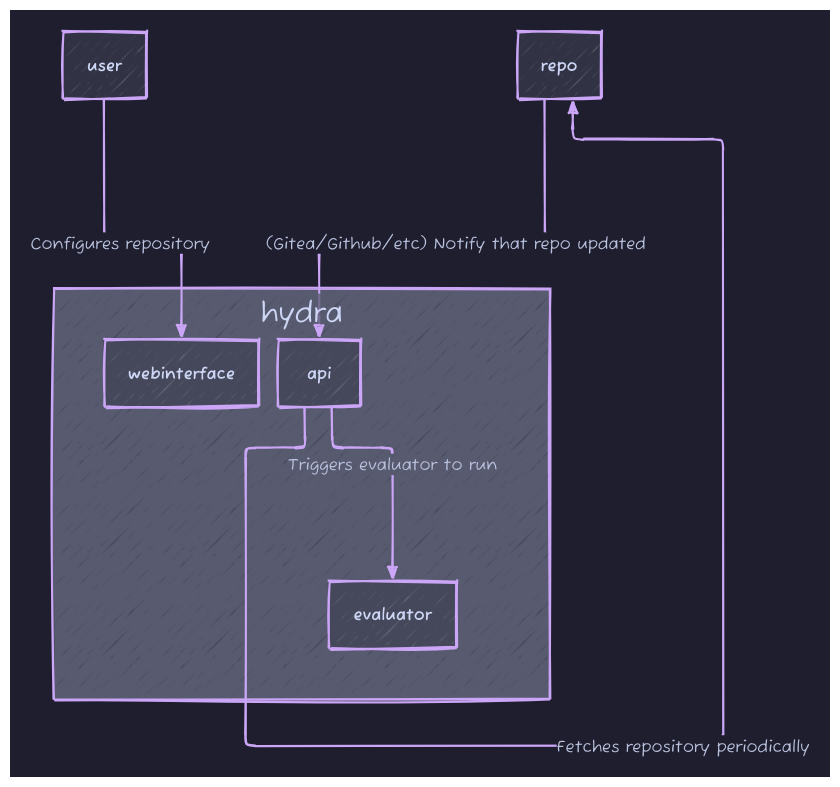
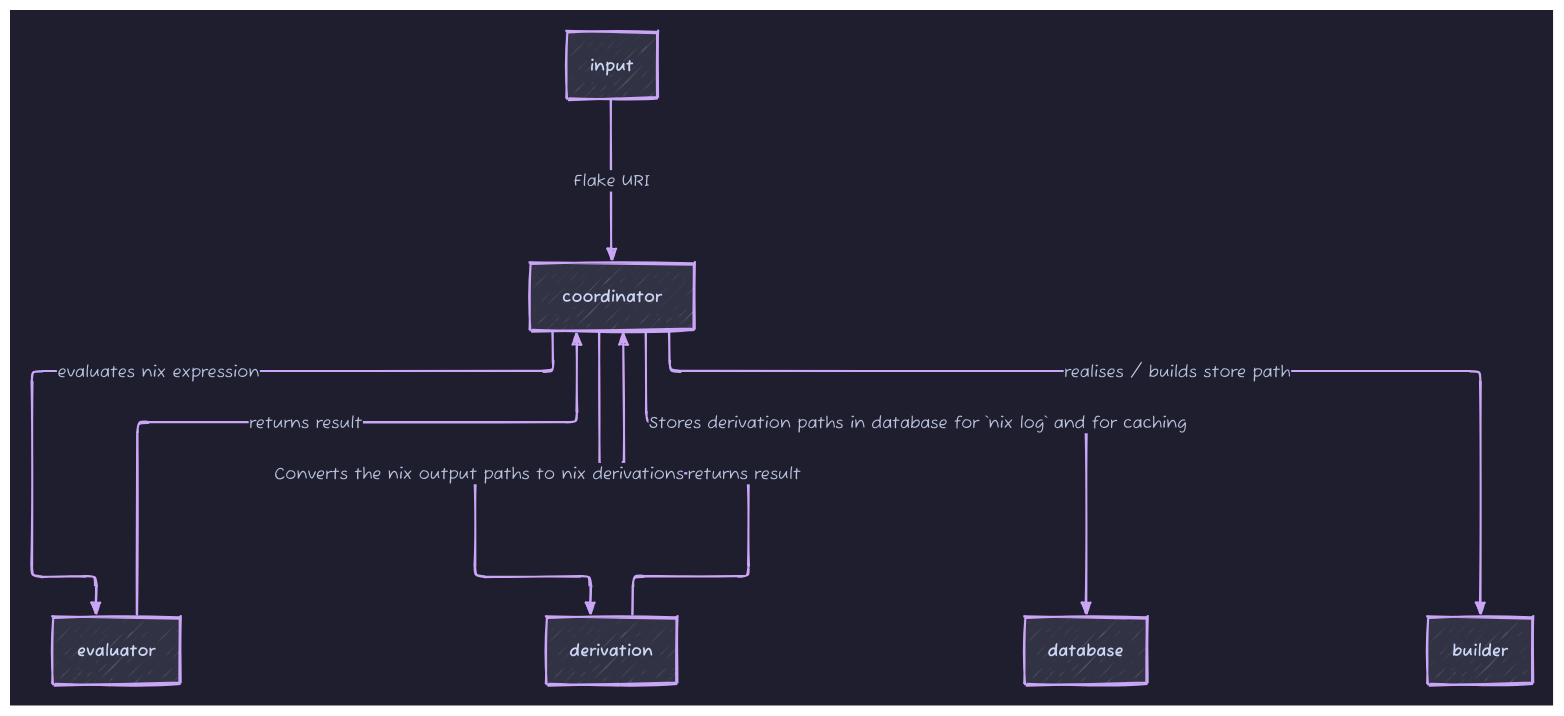
The diagram in layout/layout.d2 (DestinyofYeet/ladon), drawn with D2 before and after one commit. The commit also changed 11 other files, not shown here.

```diff
--- a/layout/layout.d2
+++ b/layout/layout.d2
@@ -1,28 +1,25 @@
 vars: {
 	d2-config: {
 		layout-engine: elk
 		theme-id: 200
 		center: true
 		sketch: true
 	}
 }
 
-user
+coordinator
 
-repo
+evaluator
 
-hydra {
-	webinterface
+builder
 
-	api
+input -> coordinator: Flake URI
 
-	evaluator
-}
+database
 
-hydra.api -> repo: Fetches repository periodically
-
-repo -> hydra.api: (Gitea/Github/etc) Notify that repo updated
-
-user -> hydra.webinterface: Configures repository
-
-hydra.api -> hydra.evaluator: Triggers evaluator to run
+coordinator -> evaluator: evaluates nix expression
+evaluator -> coordinator: returns result
+coordinator -> derivation: Converts the nix output paths to nix derivations
+derivation -> coordinator: returns result
+coordinator -> database: Stores derivation paths in database for `nix log` and for caching
+coordinator -> builder: realises / builds store path
```
